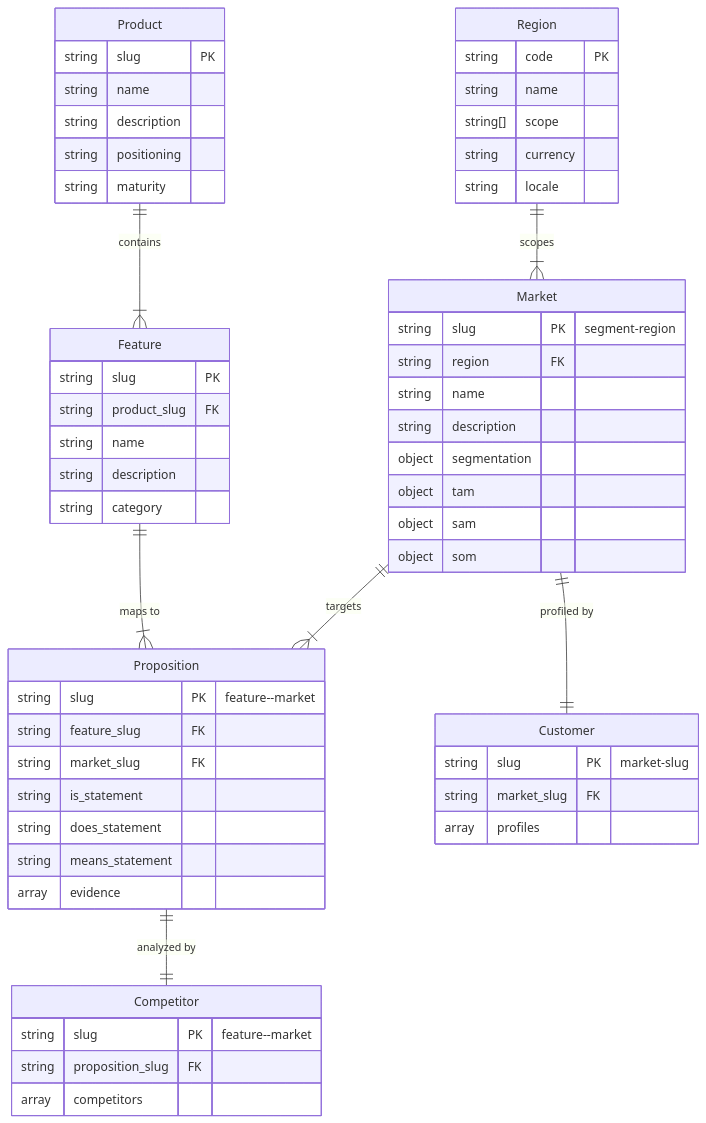
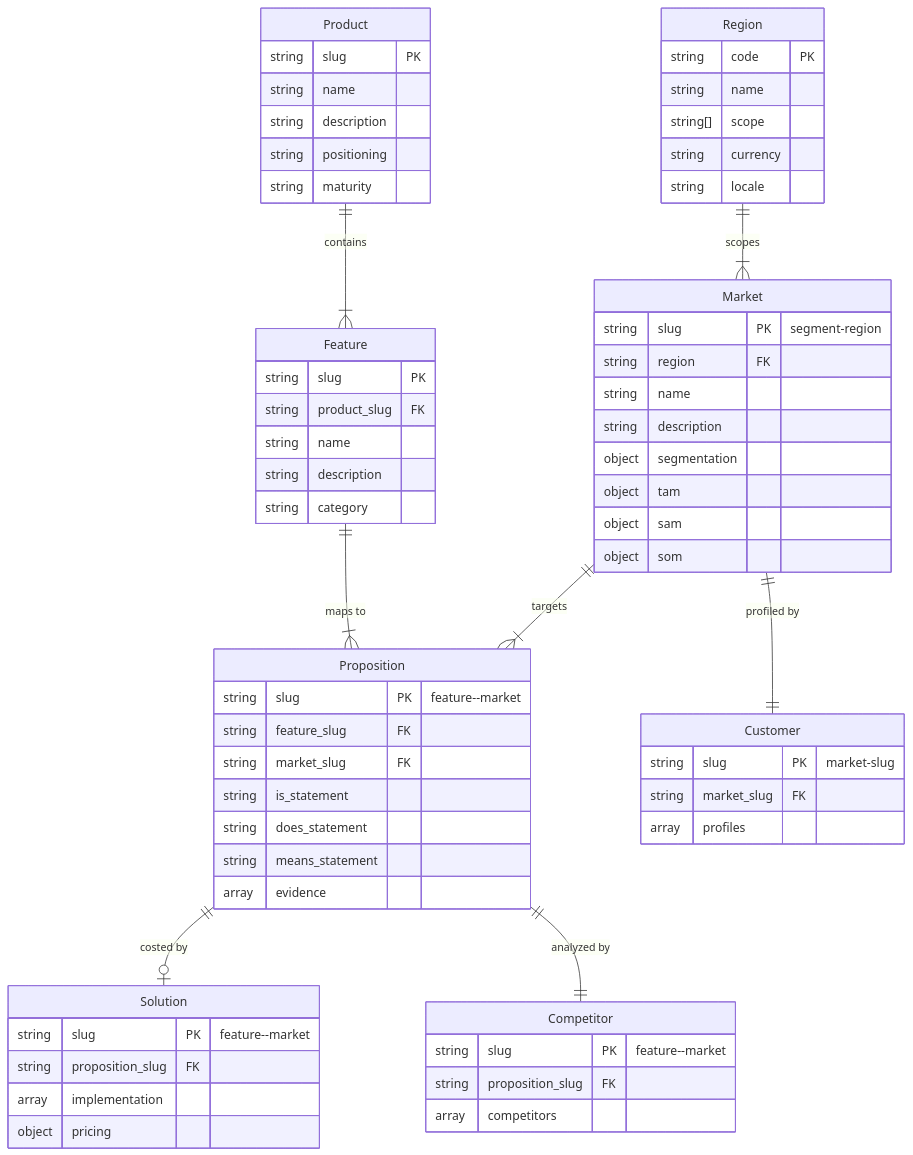
The diagram in skills/setup/references/data-model.md (cogni-work/cogni-portfolio), drawn with Mermaid before and after one commit. The commit also changed other lines of this file and 9 other files, not shown here.

First line of the commit message:
feat: add solution entity — implementation plans and pricing tiers per proposition

````diff
--- a/skills/setup/references/data-model.md
+++ b/skills/setup/references/data-model.md
@@ -219,60 +278,67 @@
 ```mermaid
 erDiagram
     Product ||--|{ Feature : contains
     Feature ||--|{ Proposition : "maps to"
     Market ||--|{ Proposition : "targets"
     Region ||--|{ Market : "scopes"
+    Proposition ||--o| Solution : "costed by"
     Proposition ||--|| Competitor : "analyzed by"
     Market ||--|| Customer : "profiled by"
 
     Product {
         string slug PK
         string name
         string description
         string positioning
         string maturity
     }
     Feature {
         string slug PK
         string product_slug FK
         string name
         string description
         string category
     }
     Region {
         string code PK
         string name
         string[] scope
         string currency
         string locale
     }
     Market {
         string slug PK "segment-region"
         string region FK
         string name
         string description
         object segmentation
         object tam
         object sam
         object som
     }
     Proposition {
         string slug PK "feature--market"
         string feature_slug FK
         string market_slug FK
         string is_statement
         string does_statement
         string means_statement
         array evidence
     }
+    Solution {
+        string slug PK "feature--market"
+        string proposition_slug FK
+        array implementation
+        object pricing
+    }
     Competitor {
         string slug PK "feature--market"
         string proposition_slug FK
         array competitors
     }
     Customer {
         string slug PK "market-slug"
         string market_slug FK
         array profiles
     }
 ```
````
